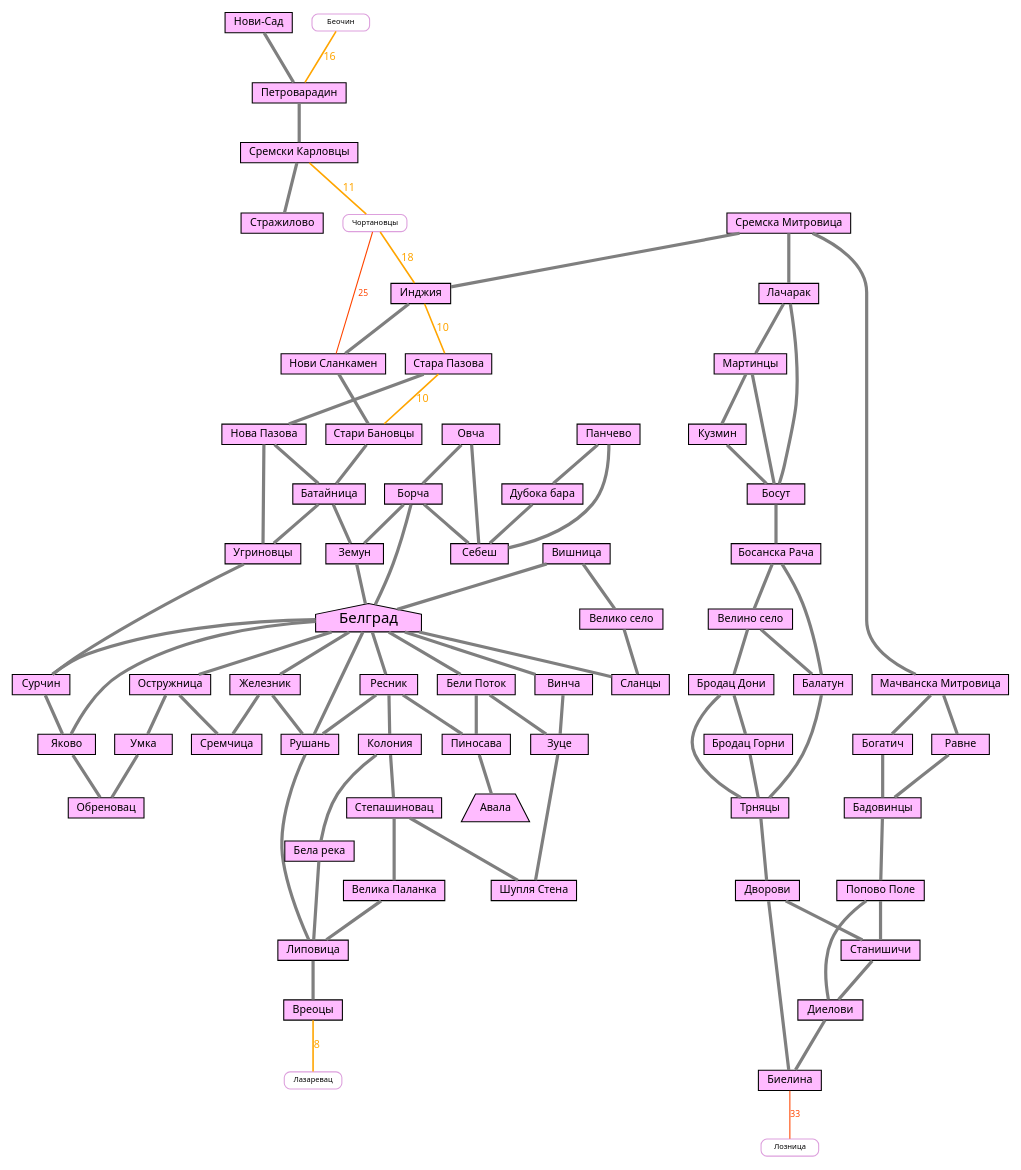
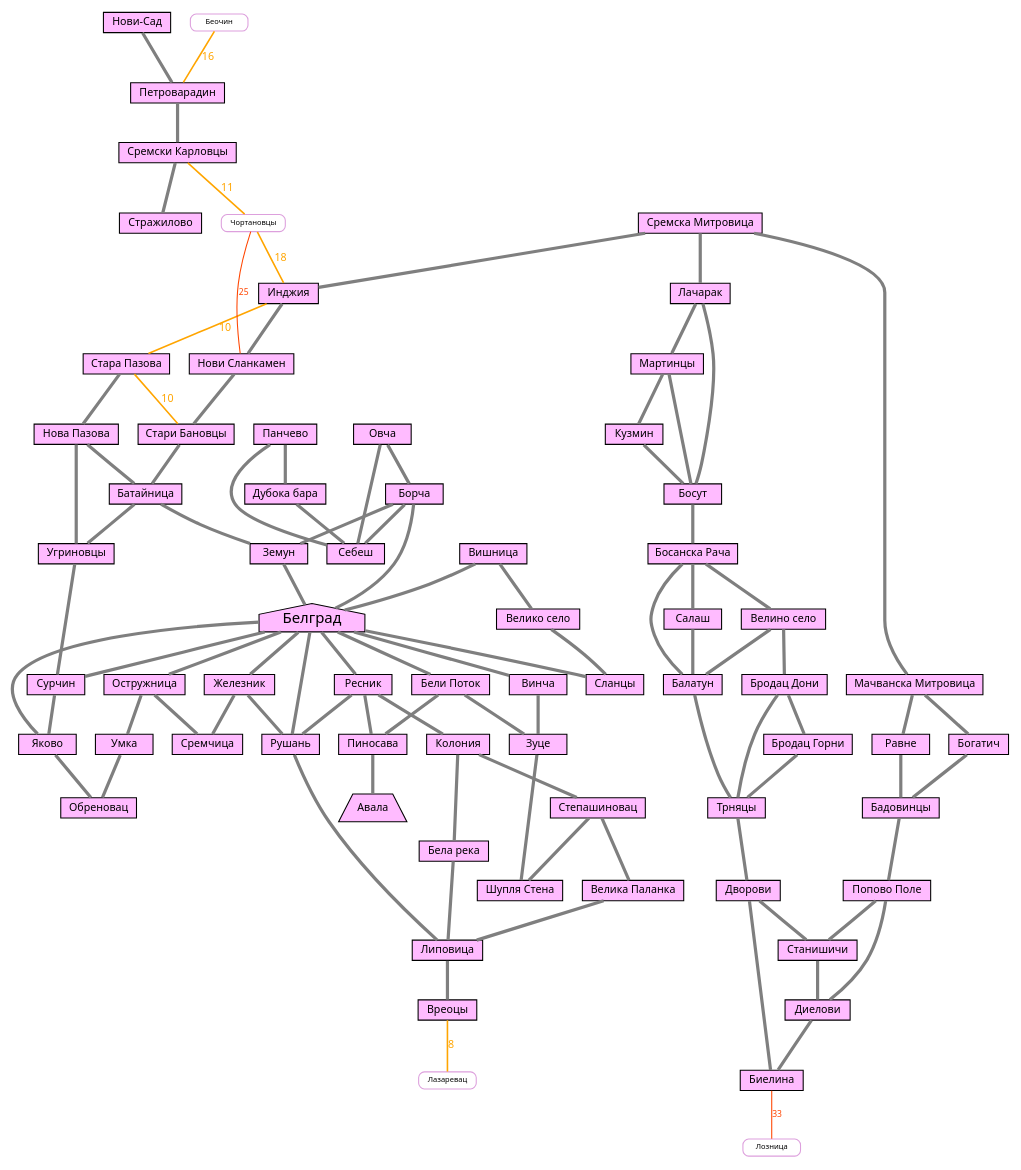
One commit to shoorick/bike-area changed the diagram in serbia.dot. Above: the diagram before and after it, drawn with Graphviz. The commit also changed 5 other files, not shown here.

Commit message:
Expand Bosnian part of Serbian graph: ride Balatun → Salaš → Bosanska Rača

```diff
--- a/serbia.dot
+++ b/serbia.dot
@@ -1,78 +1,79 @@
 graph G {
     node [ shape=box, fontsize=10, fontname="Noto Sans,sans", style=filled, height=0.2 ]
     edge [ color=gray50, penwidth=3, fontname="Noto Sans,sans" ]
     graph [ overlap=false ]
 
     subgraph belgrade {
     node [ fillcolor=plum1 ]
     Белград [ shape=house, fontsize=14, margin=0.01 ]
     Авала [ shape=trapezium, margin=0.01 ]
 
     "Стара Пазова" -- "Нова Пазова" -- Батайница -- Земун -- Белград
     Белград -- {Ресник Рушань Сланцы Сурчин}
     Вишница -- "Велико село" -- Сланцы
     Вишница -- Белград
     Ресник -- Рушань -- Липовица -- Вреоцы
     Ресник -- Пиносава
     Ресник -- Колония -- "Бела река" -- Липовица
     Степашиновац -- "Велика Паланка" -- Липовица
     Колония -- Степашиновац -- "Шупля Стена"
     Белград -- Винча -- Зуце -- "Шупля Стена"
     Белград -- "Бели Поток" -- Зуце
     "Бели Поток" -- Пиносава -- Авала
     Белград -- Железник -- Рушань
     "Сремска Митровица" -- Инджия -- "Нови Сланкамен" -- "Стари Бановцы" -- Батайница
     "Нова Пазова" -- Угриновцы
     Батайница -- Угриновцы -- Сурчин -- Яково
     Овча -- Борча -- Белград -- Яково -- Обреновац
     Белград -- Остружница -- Умка -- Обреновац
     { Железник Остружница } -- Сремчица
     Овча -- Себеш
     Борча -- Себеш
     Борча -- Земун
     Панчево -- Себеш
     Панчево -- "Дубока бара" -- Себеш
 
     "Сремска Митровица" -- Лачарак -- Мартинцы -- Кузмин -- Босут
     Лачарак -- Босут
     Мартинцы -- Босут -- "Босанска Рача" -- Балатун -- Трняцы
     "Босанска Рача" -- "Велино село" -- "Бродац Дони" -- "Бродац Горни" -- Трняцы
+    "Босанска Рача" -- Салаш -- Балатун
     "Велино село" -- Балатун
     "Бродац Дони" -- Трняцы -- Дворови -- Биелина
     Дворови -- Станишичи -- Диелови -- Биелина
     "Сремска Митровица" -- "Мачванска Митровица" -- { Равне Богатич } -- Бадовинцы
     Бадовинцы -- "Попово Поле" -- Станишичи
     "Попово Поле" -- Диелови
 
     "Нови-Сад" -- Петроварадин -- "Сремски Карловцы" -- Стражилово
 }
 
 subgraph failed {
     node [ shape=Mrecord,fillcolor=white,color=plum,fontsize=7, height=0.1 ]
 
     // Ближайшие — можно пройти за час, до 15-20 км
     edge [ color=orange, fontcolor=orange, fontsize=10, penwidth=1.5 ]
     Инджия -- "Стара Пазова" [ label=10 ]
     "Стара Пазова" -- "Стари Бановцы" [ label=10 ]
     Вреоцы -- Лазаревац [ label=8 ]
 
     Беочин -- Петроварадин [ label=16 ]
     "Сремски Карловцы" -- Чортановцы [ label=11 ]
     Чортановцы -- Инджия [ label=18 ]
 
     // Ближние, до 40 км
     edge [ color=orangered, fontcolor=orangered, fontsize=8, penwidth=1 ]
     Чортановцы -- "Нови Сланкамен" [ label=25 ]
     Биелина -- Лозница [ label=33 ]
 
     // Средние — можно пройти за день
     // edge [ color=red, fontcolor=red, style="dashed" ]
 
     // Дальние (от 100 км)
     //edge [ color=plum, fontcolor=plum, style="dotted" ]
 
     // Самые дальние — нереально проехать
     // edge [ color=skyblue, fontcolor=skyblue ]
 }
 
 }
```
